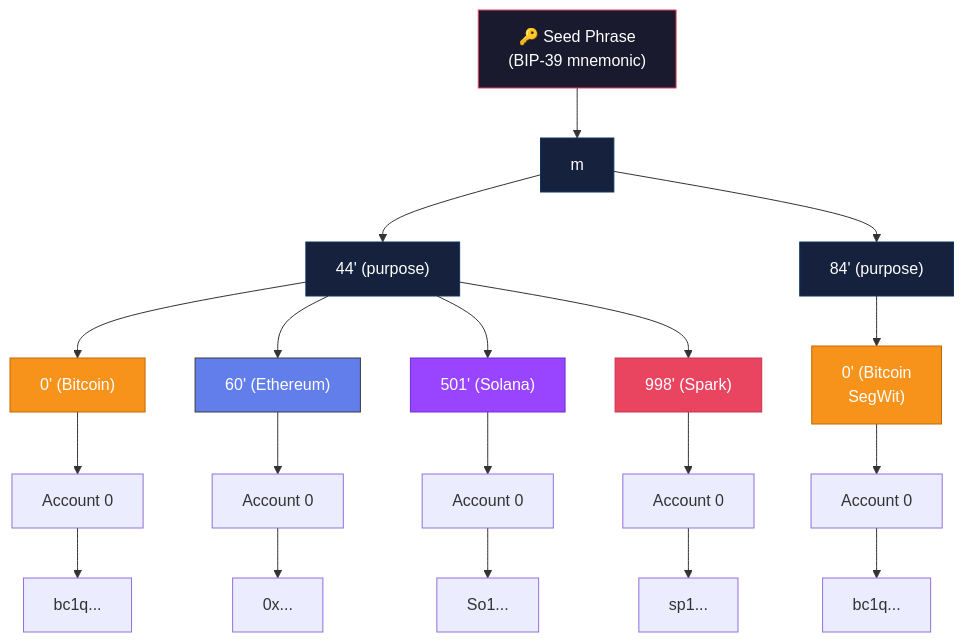
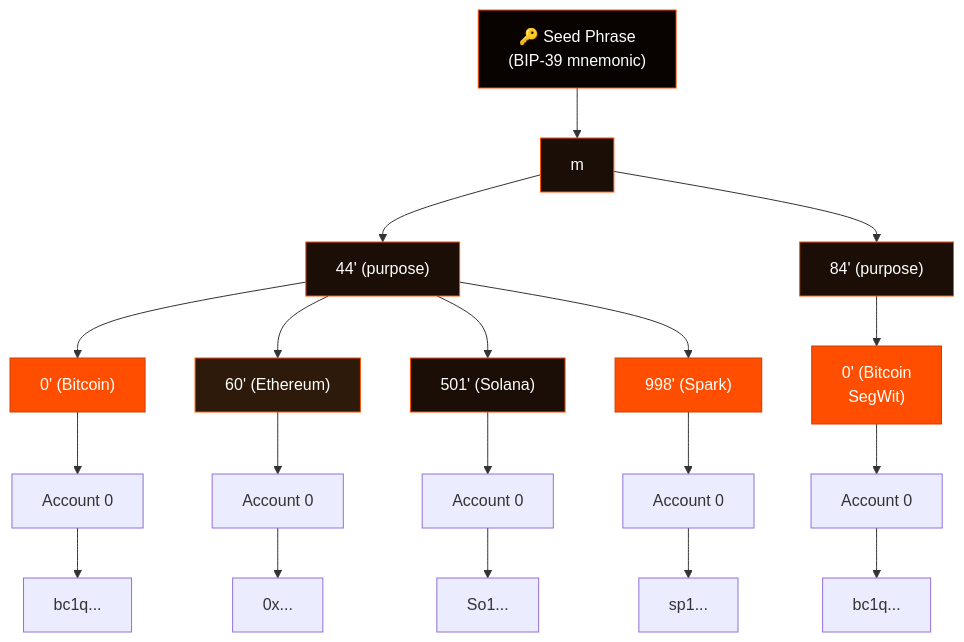
Before and after one commit to gatteo/wdk-docs: the second of 5 diagrams in resources/concepts.md, drawn with Mermaid. The commit also changed other lines of this file and 21 other files, not shown here.

Commit message:
docs: update all mermaid diagrams to WDK branding colors (#FF4E00 orange, #080201 dark)

````diff
--- a/resources/concepts.md
+++ b/resources/concepts.md
@@ -66,35 +66,35 @@
 ```mermaid
 graph TD
     Seed["🔑 Seed Phrase\n(BIP-39 mnemonic)"] --> M["m"]
     M --> P44["44' (purpose)"]
     M --> P84["84' (purpose)"]
 
     P44 --> BTC["0' (Bitcoin)"]
     P44 --> ETH["60' (Ethereum)"]
     P44 --> SOL["501' (Solana)"]
     P44 --> SPARK["998' (Spark)"]
 
     P84 --> BTC84["0' (Bitcoin\nSegWit)"]
 
     BTC --> BTCA0["Account 0"]
     ETH --> ETHA0["Account 0"]
     SOL --> SOLA0["Account 0"]
     SPARK --> SPKA0["Account 0"]
     BTC84 --> BTC84A0["Account 0"]
 
     BTCA0 --> BTCAddr["bc1q..."]
     ETHA0 --> ETHAddr["0x..."]
     SOLA0 --> SOLAddr["So1..."]
     SPKA0 --> SPKAddr["sp1..."]
     BTC84A0 --> BTC84Addr["bc1q..."]
 
-    style Seed fill:#1a1a2e,stroke:#e94560,color:#fff
-    style M fill:#16213e,stroke:#0f3460,color:#fff
-    style P44 fill:#16213e,stroke:#0f3460,color:#fff
-    style P84 fill:#16213e,stroke:#0f3460,color:#fff
-    style BTC fill:#f7931a,stroke:#c16800,color:#fff
-    style ETH fill:#627eea,stroke:#3c3c3d,color:#fff
-    style SOL fill:#9945ff,stroke:#6b2fd6,color:#fff
-    style SPARK fill:#e94560,stroke:#c73550,color:#fff
-    style BTC84 fill:#f7931a,stroke:#c16800,color:#fff
+    style Seed fill:#080201,stroke:#FF4E00,color:#fff
+    style M fill:#1a0e06,stroke:#FF4E00,color:#fff
+    style P44 fill:#1a0e06,stroke:#FF4E00,color:#fff
+    style P84 fill:#1a0e06,stroke:#FF4E00,color:#fff
+    style BTC fill:#FF4E00,stroke:#cc3e00,color:#fff
+    style ETH fill:#2d1a0a,stroke:#FF4E00,color:#fff
+    style SOL fill:#1a0e06,stroke:#FF4E00,color:#fff
+    style SPARK fill:#FF4E00,stroke:#cc3e00,color:#fff
+    style BTC84 fill:#FF4E00,stroke:#cc3e00,color:#fff
 ```
````
